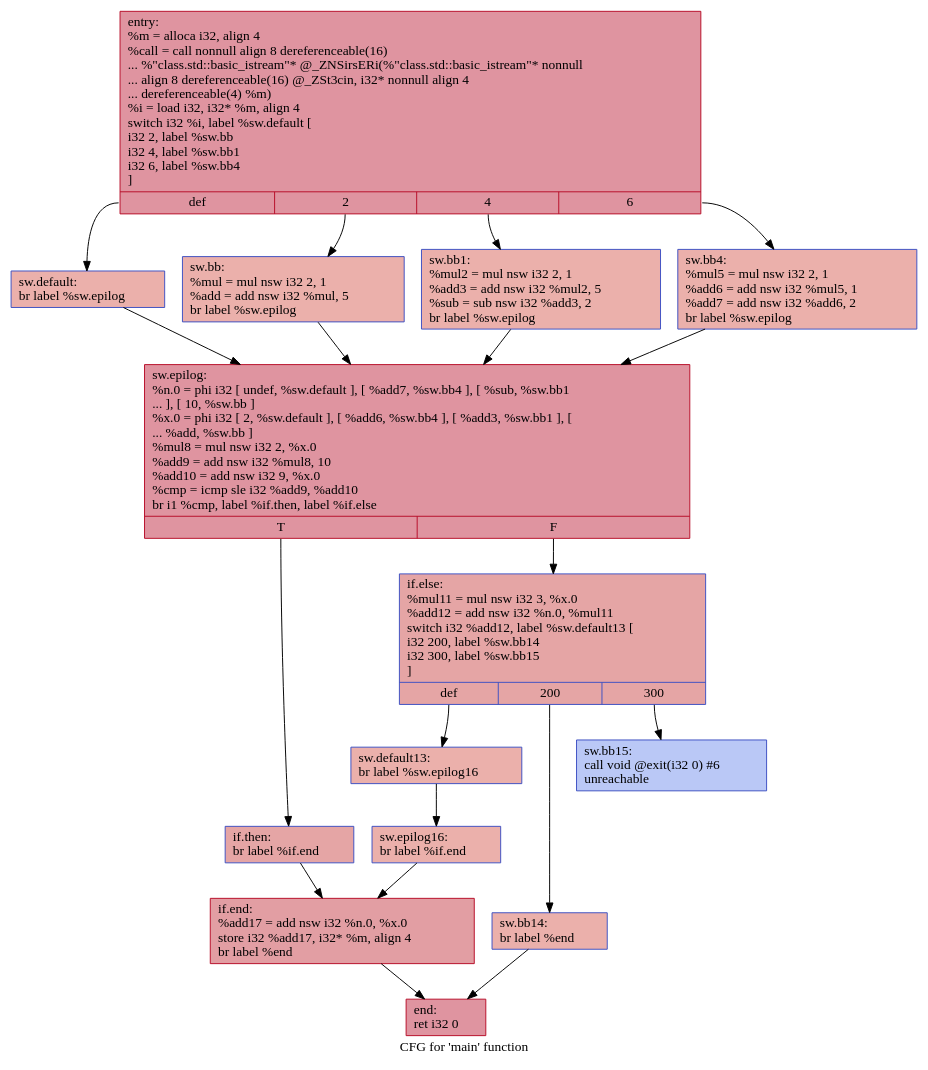
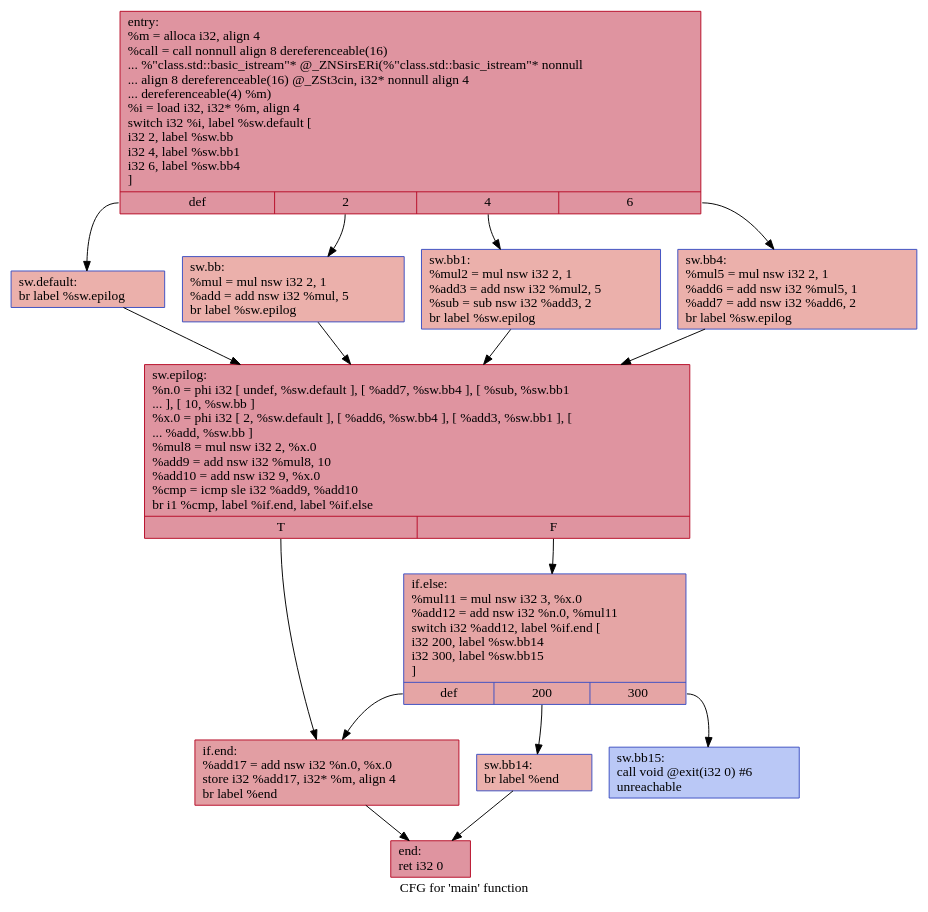
One commit to HPSSA-LLVM/HPSSA-LLVM changed the diagram in IR/cfg/baseline.dot. Above: the diagram before and after it, drawn with Graphviz. The commit also changed 26 other files, not shown here.

```diff
--- a/IR/cfg/baseline.dot
+++ b/IR/cfg/baseline.dot
@@ -1,36 +1,30 @@
 digraph "CFG for 'main' function" {
 	label="CFG for 'main' function";
 
-	Node0x557b8b623bb0 [shape=record,color="#b70d28ff", style=filled, fillcolor="#b70d2870",label="{entry:\l  %m = alloca i32, align 4\l  %call = call nonnull align 8 dereferenceable(16)\l... %\"class.std::basic_istream\"* @_ZNSirsERi(%\"class.std::basic_istream\"* nonnull\l... align 8 dereferenceable(16) @_ZSt3cin, i32* nonnull align 4\l... dereferenceable(4) %m)\l  %i = load i32, i32* %m, align 4\l  switch i32 %i, label %sw.default [\l    i32 2, label %sw.bb\l    i32 4, label %sw.bb1\l    i32 6, label %sw.bb4\l  ]\l|{<s0>def|<s1>2|<s2>4|<s3>6}}"];
-	Node0x557b8b623bb0:s0 -> Node0x557b8b624020;
-	Node0x557b8b623bb0:s1 -> Node0x557b8b624130;
-	Node0x557b8b623bb0:s2 -> Node0x557b8b624230;
-	Node0x557b8b623bb0:s3 -> Node0x557b8b624330;
-	Node0x557b8b624130 [shape=record,color="#3d50c3ff", style=filled, fillcolor="#d24b4070",label="{sw.bb:                                            \l  %mul = mul nsw i32 2, 1\l  %add = add nsw i32 %mul, 5\l  br label %sw.epilog\l}"];
-	Node0x557b8b624130 -> Node0x557b8b6245e0;
-	Node0x557b8b624230 [shape=record,color="#3d50c3ff", style=filled, fillcolor="#d24b4070",label="{sw.bb1:                                           \l  %mul2 = mul nsw i32 2, 1\l  %add3 = add nsw i32 %mul2, 5\l  %sub = sub nsw i32 %add3, 2\l  br label %sw.epilog\l}"];
-	Node0x557b8b624230 -> Node0x557b8b6245e0;
-	Node0x557b8b624330 [shape=record,color="#3d50c3ff", style=filled, fillcolor="#d24b4070",label="{sw.bb4:                                           \l  %mul5 = mul nsw i32 2, 1\l  %add6 = add nsw i32 %mul5, 1\l  %add7 = add nsw i32 %add6, 2\l  br label %sw.epilog\l}"];
-	Node0x557b8b624330 -> Node0x557b8b6245e0;
-	Node0x557b8b624020 [shape=record,color="#3d50c3ff", style=filled, fillcolor="#d24b4070",label="{sw.default:                                       \l  br label %sw.epilog\l}"];
-	Node0x557b8b624020 -> Node0x557b8b6245e0;
-	Node0x557b8b6245e0 [shape=record,color="#b70d28ff", style=filled, fillcolor="#b70d2870",label="{sw.epilog:                                        \l  %n.0 = phi i32 [ undef, %sw.default ], [ %add7, %sw.bb4 ], [ %sub, %sw.bb1\l... ], [ 10, %sw.bb ]\l  %x.0 = phi i32 [ 2, %sw.default ], [ %add6, %sw.bb4 ], [ %add3, %sw.bb1 ], [\l... %add, %sw.bb ]\l  %mul8 = mul nsw i32 2, %x.0\l  %add9 = add nsw i32 %mul8, 10\l  %add10 = add nsw i32 9, %x.0\l  %cmp = icmp sle i32 %add9, %add10\l  br i1 %cmp, label %if.then, label %if.else\l|{<s0>T|<s1>F}}"];
-	Node0x557b8b6245e0:s0 -> Node0x557b8b625770;
-	Node0x557b8b6245e0:s1 -> Node0x557b8b6257e0;
-	Node0x557b8b625770 [shape=record,color="#3d50c3ff", style=filled, fillcolor="#c5333470",label="{if.then:                                          \l  br label %if.end\l}"];
-	Node0x557b8b625770 -> Node0x557b8b625c20;
-	Node0x557b8b6257e0 [shape=record,color="#3d50c3ff", style=filled, fillcolor="#c5333470",label="{if.else:                                          \l  %mul11 = mul nsw i32 3, %x.0\l  %add12 = add nsw i32 %n.0, %mul11\l  switch i32 %add12, label %sw.default13 [\l    i32 200, label %sw.bb14\l    i32 300, label %sw.bb15\l  ]\l|{<s0>def|<s1>200|<s2>300}}"];
-	Node0x557b8b6257e0:s0 -> Node0x557b8b625e90;
-	Node0x557b8b6257e0:s1 -> Node0x557b8b625f40;
-	Node0x557b8b6257e0:s2 -> Node0x557b8b625fe0;
-	Node0x557b8b625e90 [shape=record,color="#3d50c3ff", style=filled, fillcolor="#d24b4070",label="{sw.default13:                                     \l  br label %sw.epilog16\l}"];
-	Node0x557b8b625e90 -> Node0x557b8b626170;
-	Node0x557b8b625f40 [shape=record,color="#3d50c3ff", style=filled, fillcolor="#d24b4070",label="{sw.bb14:                                          \l  br label %end\l}"];
-	Node0x557b8b625f40 -> Node0x557b8b626260;
-	Node0x557b8b625fe0 [shape=record,color="#3d50c3ff", style=filled, fillcolor="#6282ea70",label="{sw.bb15:                                          \l  call void @exit(i32 0) #6\l  unreachable\l}"];
-	Node0x557b8b626170 [shape=record,color="#3d50c3ff", style=filled, fillcolor="#d24b4070",label="{sw.epilog16:                                      \l  br label %if.end\l}"];
-	Node0x557b8b626170 -> Node0x557b8b625c20;
-	Node0x557b8b625c20 [shape=record,color="#b70d28ff", style=filled, fillcolor="#be242e70",label="{if.end:                                           \l  %add17 = add nsw i32 %n.0, %x.0\l  store i32 %add17, i32* %m, align 4\l  br label %end\l}"];
-	Node0x557b8b625c20 -> Node0x557b8b626260;
-	Node0x557b8b626260 [shape=record,color="#b70d28ff", style=filled, fillcolor="#b70d2870",label="{end:                                              \l  ret i32 0\l}"];
+	Node0x5560893a5080 [shape=record,color="#b70d28ff", style=filled, fillcolor="#b70d2870",label="{entry:\l  %m = alloca i32, align 4\l  %call = call nonnull align 8 dereferenceable(16)\l... %\"class.std::basic_istream\"* @_ZNSirsERi(%\"class.std::basic_istream\"* nonnull\l... align 8 dereferenceable(16) @_ZSt3cin, i32* nonnull align 4\l... dereferenceable(4) %m)\l  %i = load i32, i32* %m, align 4\l  switch i32 %i, label %sw.default [\l    i32 2, label %sw.bb\l    i32 4, label %sw.bb1\l    i32 6, label %sw.bb4\l  ]\l|{<s0>def|<s1>2|<s2>4|<s3>6}}"];
+	Node0x5560893a5080:s0 -> Node0x5560893a54c0;
+	Node0x5560893a5080:s1 -> Node0x5560893a55d0;
+	Node0x5560893a5080:s2 -> Node0x5560893a56d0;
+	Node0x5560893a5080:s3 -> Node0x5560893a57d0;
+	Node0x5560893a55d0 [shape=record,color="#3d50c3ff", style=filled, fillcolor="#d24b4070",label="{sw.bb:                                            \l  %mul = mul nsw i32 2, 1\l  %add = add nsw i32 %mul, 5\l  br label %sw.epilog\l}"];
+	Node0x5560893a55d0 -> Node0x5560893a5a80;
+	Node0x5560893a56d0 [shape=record,color="#3d50c3ff", style=filled, fillcolor="#d24b4070",label="{sw.bb1:                                           \l  %mul2 = mul nsw i32 2, 1\l  %add3 = add nsw i32 %mul2, 5\l  %sub = sub nsw i32 %add3, 2\l  br label %sw.epilog\l}"];
+	Node0x5560893a56d0 -> Node0x5560893a5a80;
+	Node0x5560893a57d0 [shape=record,color="#3d50c3ff", style=filled, fillcolor="#d24b4070",label="{sw.bb4:                                           \l  %mul5 = mul nsw i32 2, 1\l  %add6 = add nsw i32 %mul5, 1\l  %add7 = add nsw i32 %add6, 2\l  br label %sw.epilog\l}"];
+	Node0x5560893a57d0 -> Node0x5560893a5a80;
+	Node0x5560893a54c0 [shape=record,color="#3d50c3ff", style=filled, fillcolor="#d24b4070",label="{sw.default:                                       \l  br label %sw.epilog\l}"];
+	Node0x5560893a54c0 -> Node0x5560893a5a80;
+	Node0x5560893a5a80 [shape=record,color="#b70d28ff", style=filled, fillcolor="#b70d2870",label="{sw.epilog:                                        \l  %n.0 = phi i32 [ undef, %sw.default ], [ %add7, %sw.bb4 ], [ %sub, %sw.bb1\l... ], [ 10, %sw.bb ]\l  %x.0 = phi i32 [ 2, %sw.default ], [ %add6, %sw.bb4 ], [ %add3, %sw.bb1 ], [\l... %add, %sw.bb ]\l  %mul8 = mul nsw i32 2, %x.0\l  %add9 = add nsw i32 %mul8, 10\l  %add10 = add nsw i32 9, %x.0\l  %cmp = icmp sle i32 %add9, %add10\l  br i1 %cmp, label %if.end, label %if.else\l|{<s0>T|<s1>F}}"];
+	Node0x5560893a5a80:s0 -> Node0x5560893a6c10;
+	Node0x5560893a5a80:s1 -> Node0x5560893a6c80;
+	Node0x5560893a6c80 [shape=record,color="#3d50c3ff", style=filled, fillcolor="#c5333470",label="{if.else:                                          \l  %mul11 = mul nsw i32 3, %x.0\l  %add12 = add nsw i32 %n.0, %mul11\l  switch i32 %add12, label %if.end [\l    i32 200, label %sw.bb14\l    i32 300, label %sw.bb15\l  ]\l|{<s0>def|<s1>200|<s2>300}}"];
+	Node0x5560893a6c80:s0 -> Node0x5560893a6c10;
+	Node0x5560893a6c80:s1 -> Node0x5560893a7280;
+	Node0x5560893a6c80:s2 -> Node0x5560893a7320;
+	Node0x5560893a7280 [shape=record,color="#3d50c3ff", style=filled, fillcolor="#d24b4070",label="{sw.bb14:                                          \l  br label %end\l}"];
+	Node0x5560893a7280 -> Node0x5560893a74b0;
+	Node0x5560893a7320 [shape=record,color="#3d50c3ff", style=filled, fillcolor="#6282ea70",label="{sw.bb15:                                          \l  call void @exit(i32 0) #6\l  unreachable\l}"];
+	Node0x5560893a6c10 [shape=record,color="#b70d28ff", style=filled, fillcolor="#be242e70",label="{if.end:                                           \l  %add17 = add nsw i32 %n.0, %x.0\l  store i32 %add17, i32* %m, align 4\l  br label %end\l}"];
+	Node0x5560893a6c10 -> Node0x5560893a74b0;
+	Node0x5560893a74b0 [shape=record,color="#b70d28ff", style=filled, fillcolor="#b70d2870",label="{end:                                              \l  ret i32 0\l}"];
 }
```
